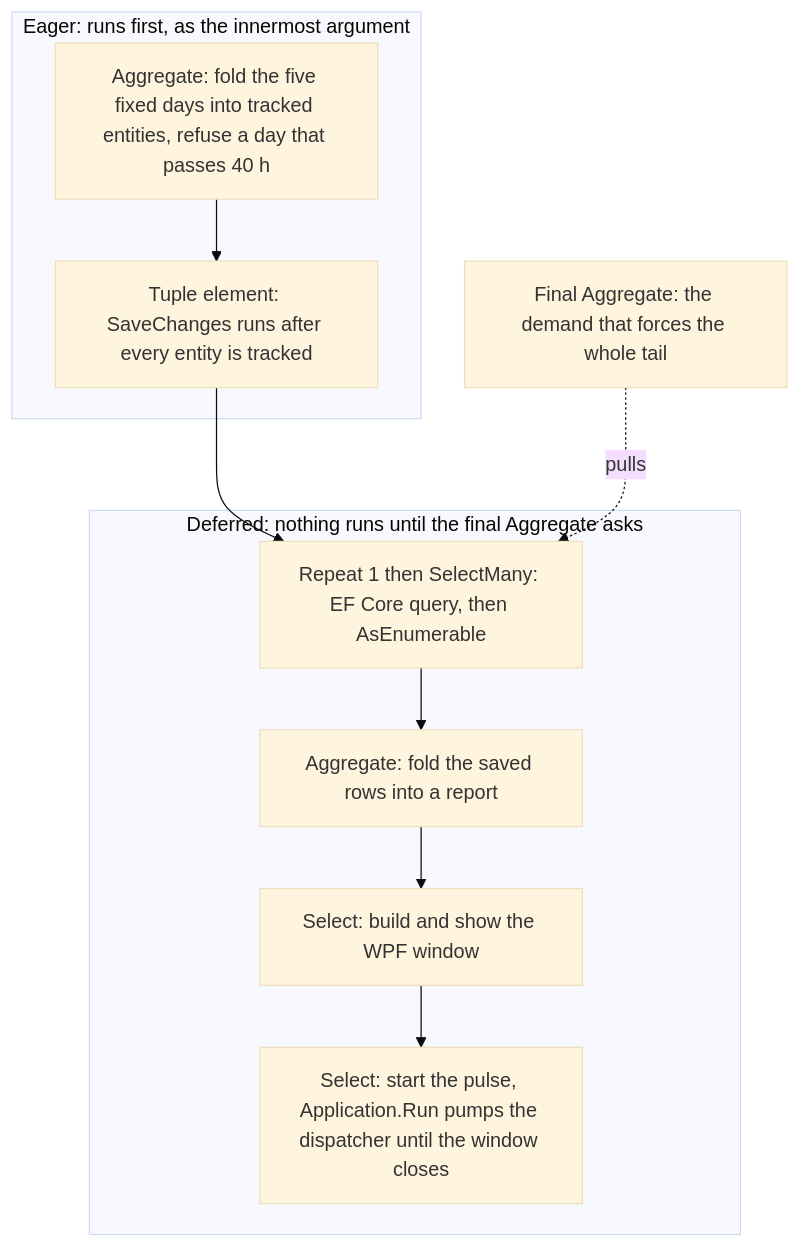
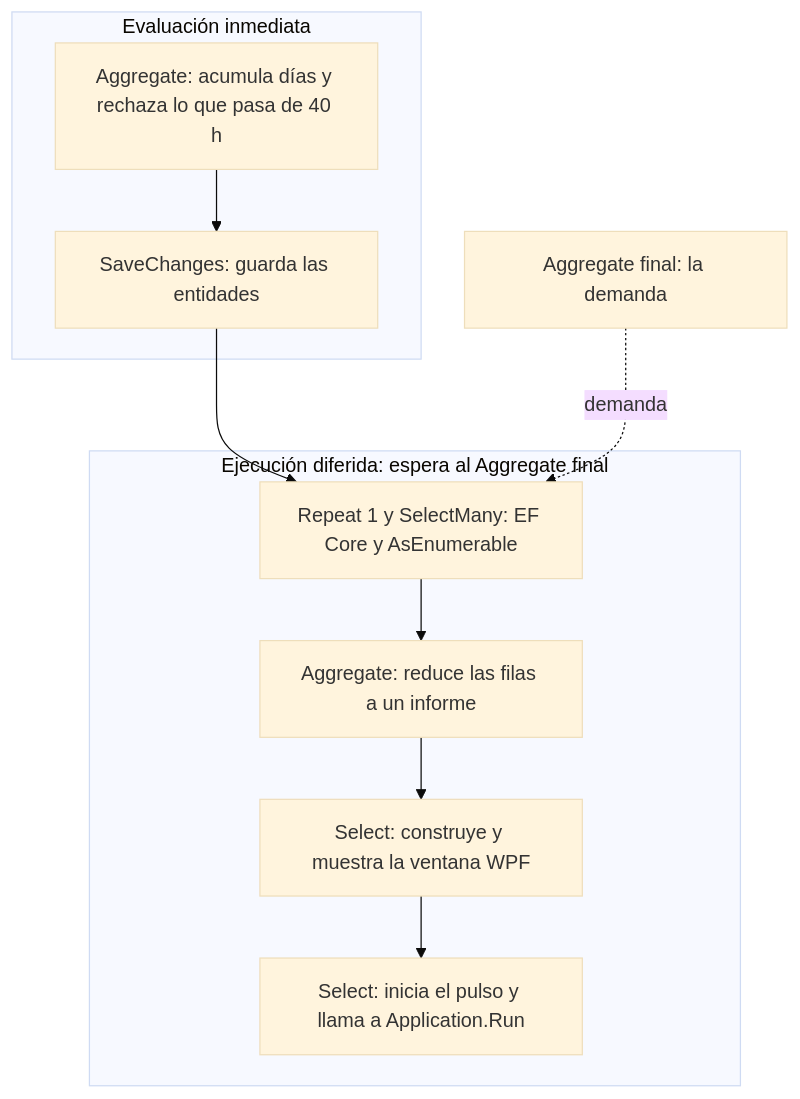
The fifth of 9 diagrams in lessons/lenguajes/csharp-linq-xaml.md (dullroar/aprende-a-programar-como-un-bicho-raro), drawn with Mermaid (base theme) before and after one commit. The commit also changed other lines of this file and 31 other files, not shown here.

First line of the commit message:
loop(P5-001): regenerate Spanish generated blocks; second run is a no-op

````diff
--- a/lessons/lenguajes/csharp-linq-xaml.md
+++ b/lessons/lenguajes/csharp-linq-xaml.md
@@ -235,15 +235,15 @@
 ```mermaid
 flowchart TD
-    accTitle: LinqChallenge1: an eager fold first, then a lazy tail that the last Aggregate forces
-    accDescr: A flowchart with two groups. The eager group runs first because it is the innermost argument. An Aggregate folds the five fixed days into tracked entities and refuses a day that would pass 40 hours, and then the tuple calls SaveChanges. The deferred group is a chain of LINQ stages that does nothing until asked. The final Aggregate asks. That pulls the EF Core query and the return to objects, then a second Aggregate that folds the saved rows into a report, then the stage that builds and shows the window, then the stage that starts the pulse and calls Application.Run, which pumps the dispatcher until the window closes.
-    subgraph E["Eager: runs first, as the innermost argument"]
-        A["Aggregate: fold the five fixed days into tracked entities, refuse a day that passes 40 h"] --> B["Tuple element: SaveChanges runs after every entity is tracked"]
+    accTitle: LinqChallenge1: una reducción (*fold*) de evaluación inmediata primero y después etapas diferidas que el último Aggregate fuerza
+    accDescr: Un diagrama de flujo con dos grupos. El grupo de evaluación inmediata se ejecuta primero porque es el argumento más interno. Un Aggregate acumula los cinco días fijos en entidades rastreadas y rechaza un día que pasaría de 40 horas, y después la tupla llama a SaveChanges. El grupo de ejecución diferida es una cadena de etapas LINQ que no hace nada hasta que se le pide. El Aggregate final lo pide. Esa demanda (pull) activa la consulta de EF Core y el retorno a objetos, luego un segundo Aggregate que reduce las filas guardadas a un informe, luego la etapa que construye y muestra la ventana, y luego la etapa que inicia el pulso y llama a Application.Run, que mantiene en marcha el despachador de WPF hasta que se cierra la ventana.
+    subgraph E["Evaluación inmediata"]
+        A["Aggregate: acumula días y rechaza lo que pasa de 40 h"] --> B["SaveChanges: guarda las entidades"]
     end
-    subgraph D["Deferred: nothing runs until the final Aggregate asks"]
-        C["Repeat 1 then SelectMany: EF Core query, then AsEnumerable"] --> F["Aggregate: fold the saved rows into a report"]
-        F --> G["Select: build and show the WPF window"]
-        G --> H["Select: start the pulse, Application.Run pumps the dispatcher until the window closes"]
+    subgraph D["Ejecución diferida: espera al Aggregate final"]
+        C["Repeat 1 y SelectMany: EF Core y AsEnumerable"] --> F["Aggregate: reduce las filas a un informe"]
+        F --> G["Select: construye y muestra la ventana WPF"]
+        G --> H["Select: inicia el pulso y llama a Application.Run"]
     end
     B --> C
-    Z["Final Aggregate: the demand that forces the whole tail"] -.->|pulls| C
+    Z["Aggregate final: la demanda"] -.->|demanda| C
 ```
````
